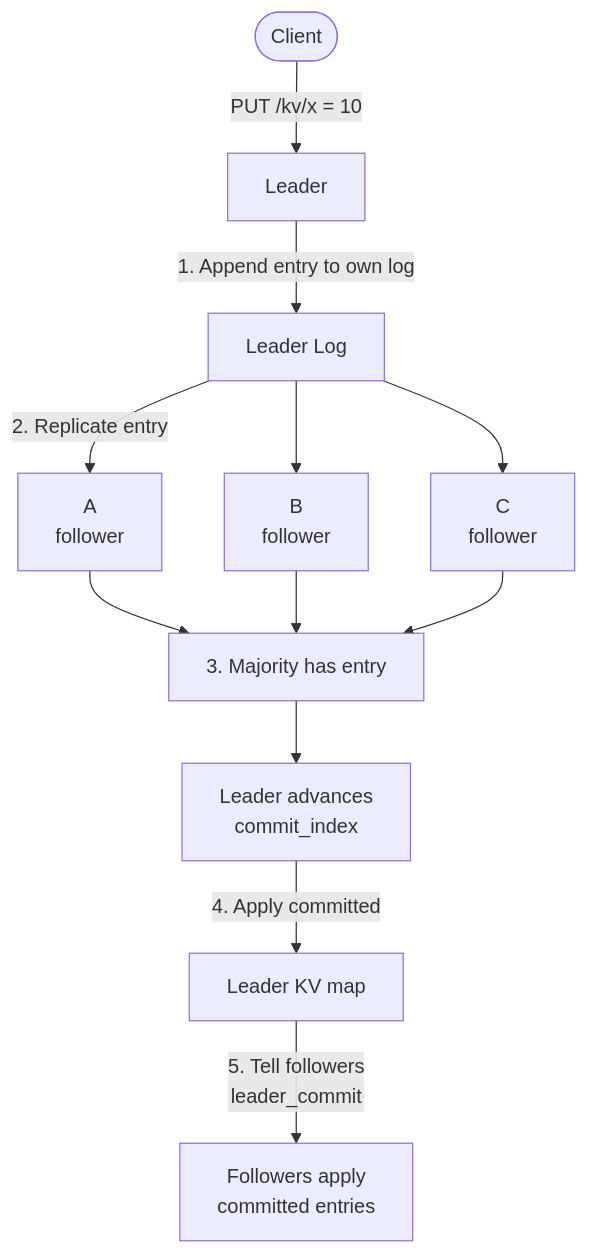
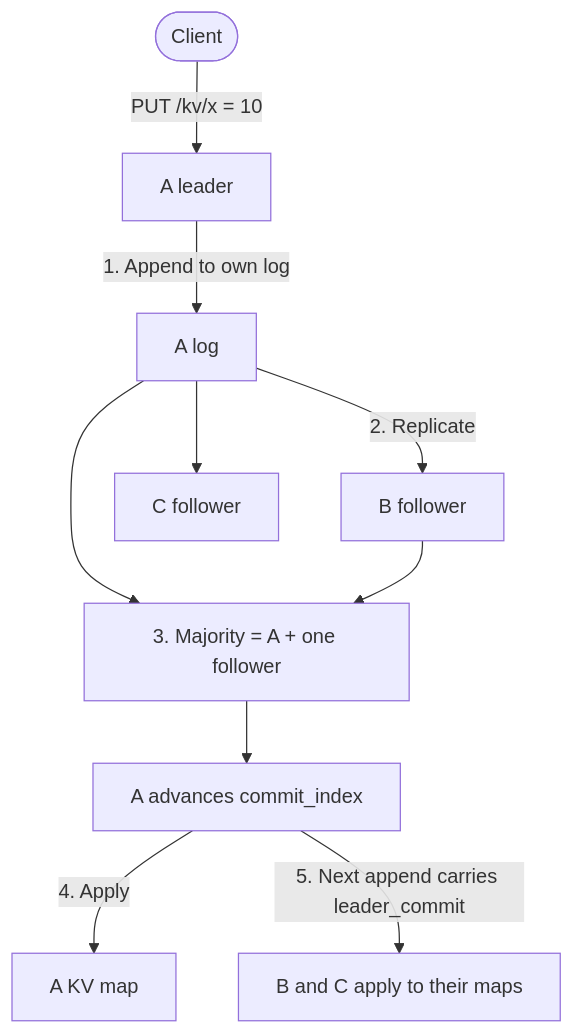
One commit to avisekksarma/nebula changed the diagram in projects/quasar/README.md. Above: the diagram before and after it, drawn with Mermaid. The commit also changed other lines of this file and 1 other file, not shown here.

````diff
--- a/projects/quasar/README.md
+++ b/projects/quasar/README.md
@@ -46,18 +46,16 @@
 ```mermaid
 flowchart TB
-    Client(["Client"]) -->|"PUT /kv/x = 10"| Leader
+    Client(["Client"]) -->|"PUT /kv/x = 10"| A["A leader"]
 
-    Leader -->|"1. Append entry to own log"| LeaderLog["Leader Log"]
+    A -->|"1. Append to own log"| ALog["A log"]
 
-    LeaderLog -->|"2. Replicate entry"| A["A<br/>follower"]
-    LeaderLog --> B["B<br/>follower"]
-    LeaderLog --> C["C<br/>follower"]
+    ALog -->|"2. Replicate"| B["B follower"]
+    ALog --> C["C follower"]
 
-    A --> Majority["3. Majority has entry"]
+    ALog --> Majority["3. Majority = A + one follower"]
     B --> Majority
-    C --> Majority
 
-    Majority --> Commit["Leader advances<br/>commit_index"]
-    Commit -->|"4. Apply committed"| KV["Leader KV map"]
-    KV -->|"5. Tell followers<br/>leader_commit"| Applied["Followers apply<br/>committed entries"]
+    Majority --> Commit["A advances commit_index"]
+    Commit -->|"4. Apply"| AKV["A KV map"]
+    Commit -->|"5. Next append carries leader_commit"| FApply["B and C apply to their maps"]
 ```
````
